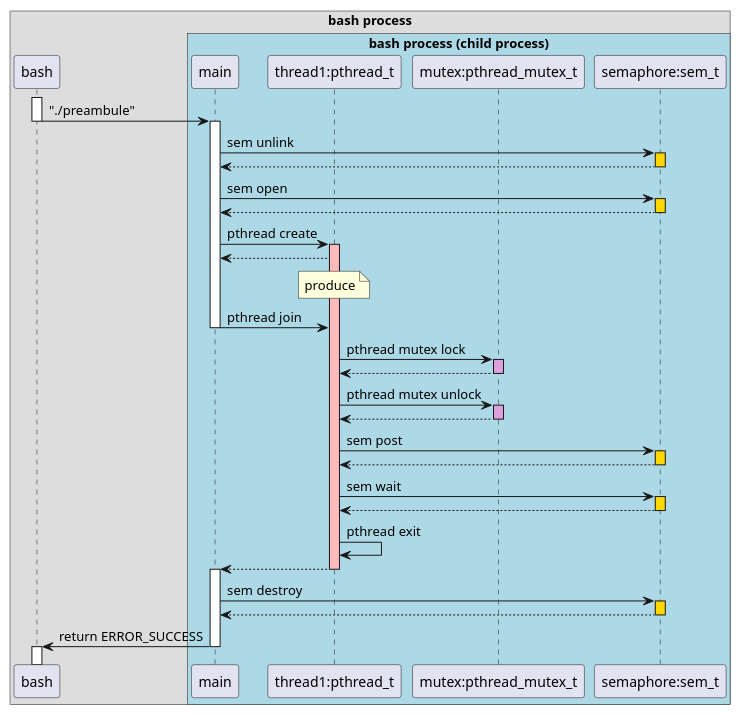
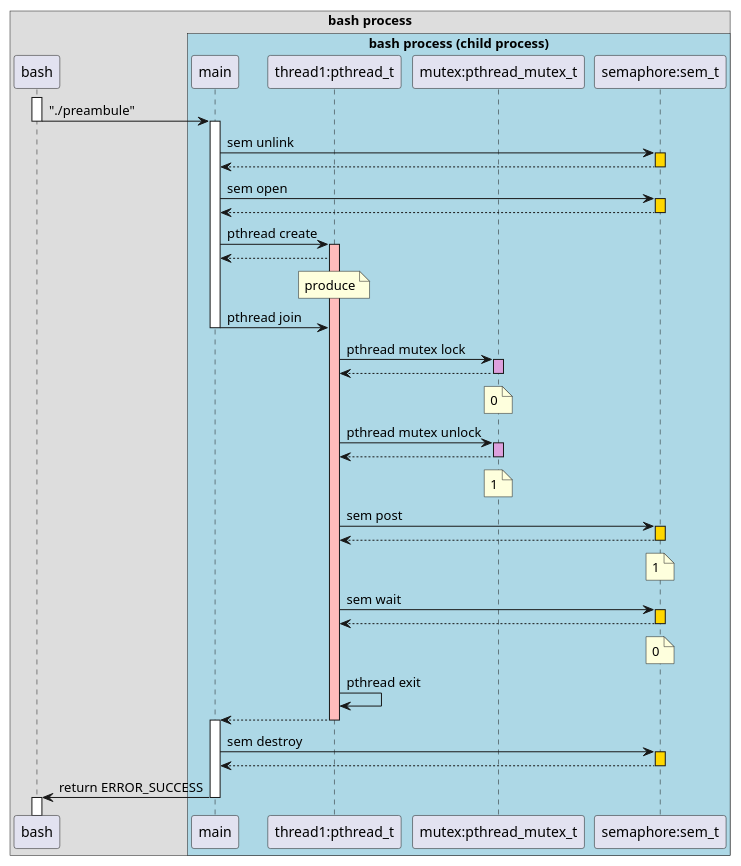
One commit to jomsc/b0-tp changed the diagram in exercice-1/diagrams/preambuleSequenceDiagram.puml. Above: the diagram before and after it, drawn with PlantUML.

Commit message:
preambule 2

```diff
--- a/exercice-1/diagrams/preambuleSequenceDiagram.puml
+++ b/exercice-1/diagrams/preambuleSequenceDiagram.puml
@@ -1,57 +1,63 @@
 @startuml
 !pragma teoz true
 box "bash process"
 participant bash
 
 box "bash process (child process)" #lightblue
 participant "main" as main
 participant "thread1:pthread_t" as thread1
 participant "mutex:pthread_mutex_t" as mutex
 participant "semaphore:sem_t" as semaphore
 end box
 end box
 
 activate bash
 bash -> main --++ : "./preambule"
 
 main -> semaphore:sem unlink
 activate semaphore #gold
 return
 main -> semaphore:sem open
 activate semaphore #gold
 return
 
 main -> thread1:pthread create
 activate thread1 #FFBBBB
 thread1 --> main
 note over thread1 : produce
 
 main -> thread1:pthread join
 deactivate main
 
 thread1 -> mutex:pthread mutex lock
 activate mutex #plum
 return
+note over mutex : 0
 
 thread1 -> mutex:pthread mutex unlock
 activate mutex #plum
 return
+note over mutex : 1
 
 thread1 -> semaphore:sem post
 activate semaphore #gold
 return
+note over semaphore : 1
+
 
 thread1 -> semaphore:sem wait
 activate semaphore #gold
 return 
+note over semaphore : 0
+
 
 thread1 -> thread1:pthread exit
 thread1 --> main --++
 
 main -> semaphore:sem destroy
 activate semaphore #gold
 return
 
 main -> bash --++:return ERROR_SUCCESS
 
 @enduml
```
